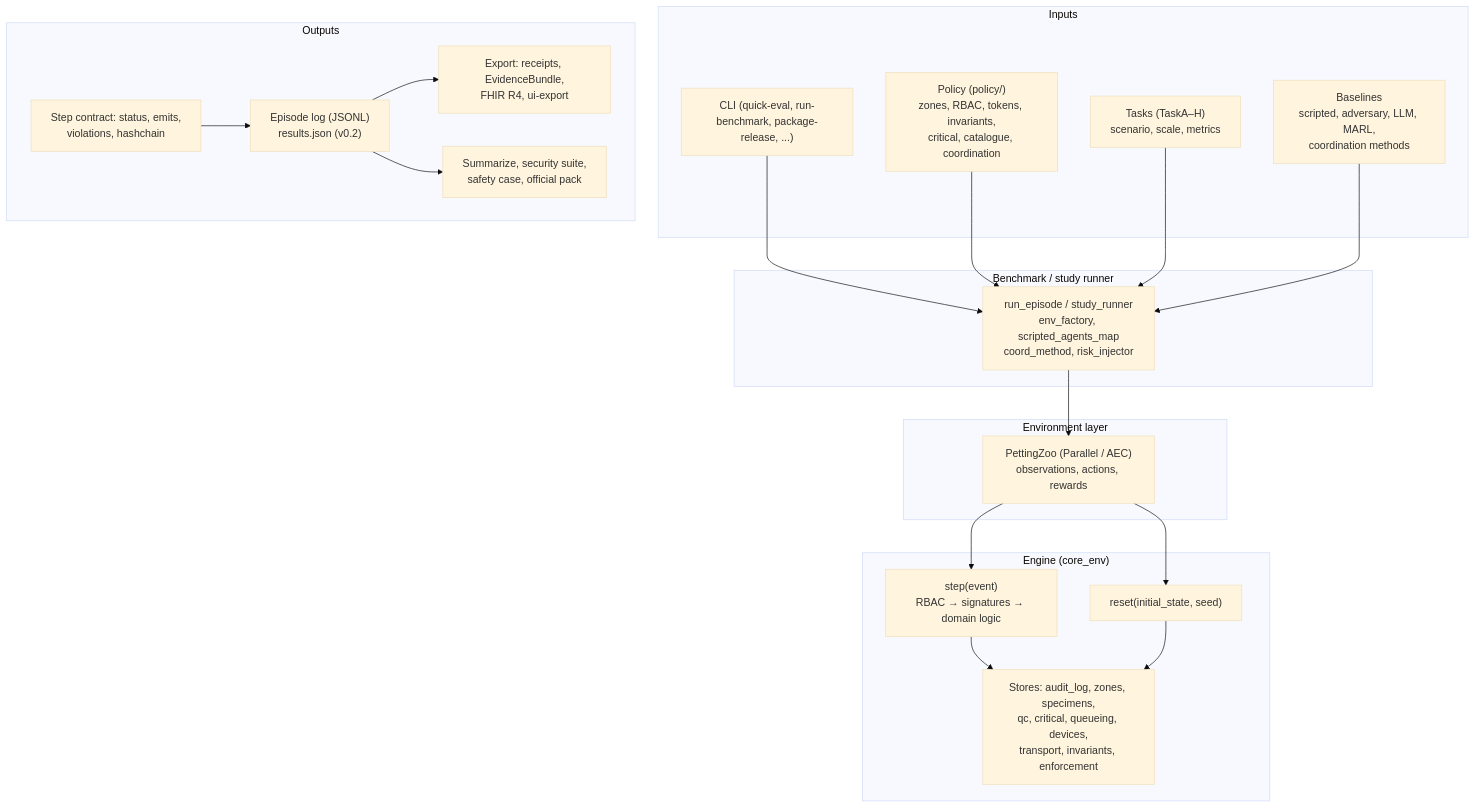
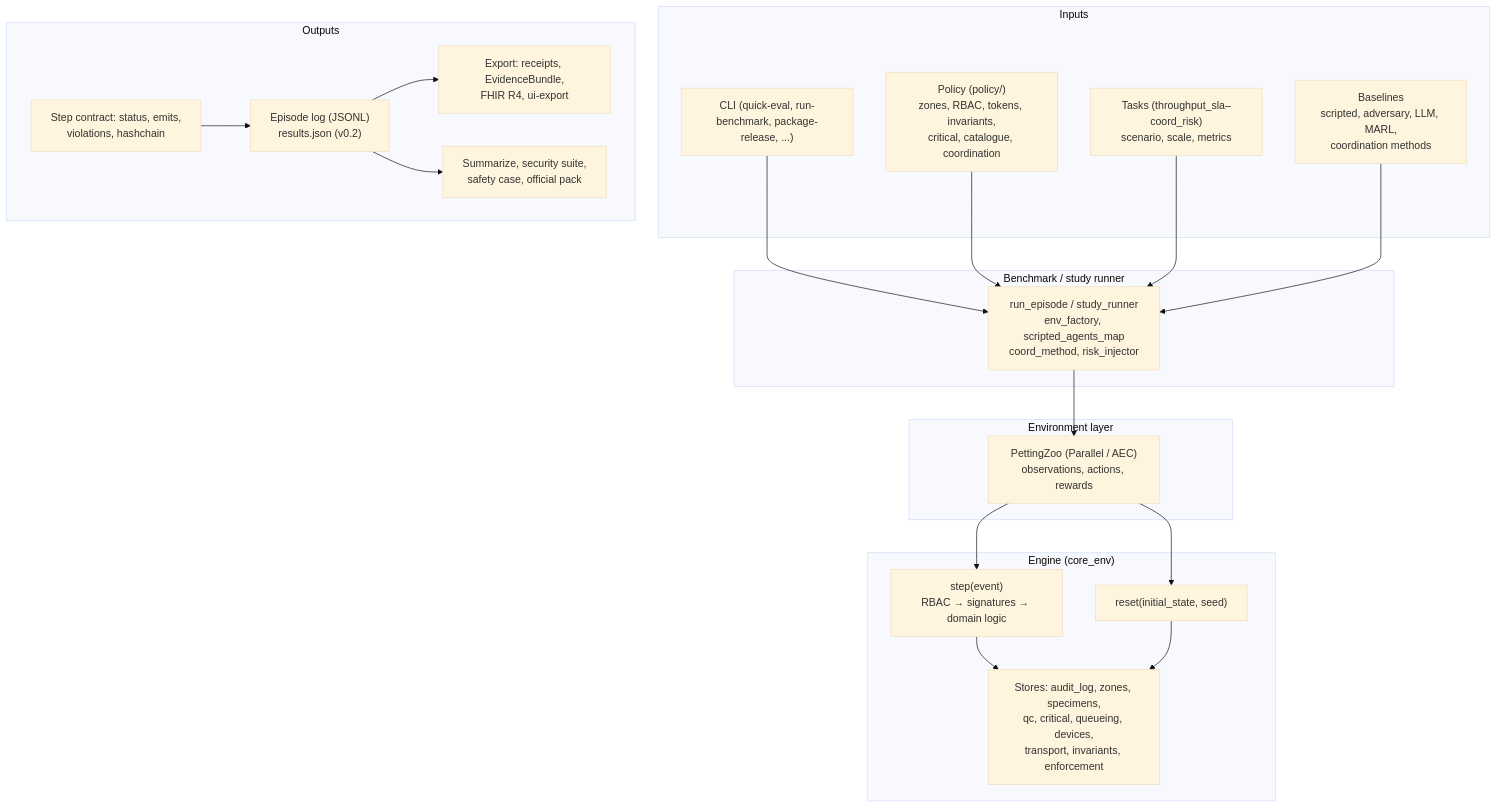
One commit to fraware/LabTrust-Gym changed the first of 2 diagrams in docs/diagrams.md. Above: the diagram before and after it, drawn with Mermaid (base theme). The commit also changed 1632 other files, not shown here.

````diff
--- a/docs/diagrams.md
+++ b/docs/diagrams.md
@@ -11,43 +11,43 @@
 ```mermaid
 flowchart TB
     subgraph inputs["Inputs"]
         CLI["CLI (quick-eval, run-benchmark, package-release, ...)"]
         Policy["Policy (policy/)\nzones, RBAC, tokens, invariants,\ncritical, catalogue, coordination"]
-        Tasks["Tasks (TaskA–H)\nscenario, scale, metrics"]
+        Tasks["Tasks (throughput_sla–coord_risk)\nscenario, scale, metrics"]
         Baselines["Baselines\nscripted, adversary, LLM, MARL,\ncoordination methods"]
     end
 
     subgraph runner["Benchmark / study runner"]
         RunEp["run_episode / study_runner\nenv_factory, scripted_agents_map\ncoord_method, risk_injector"]
     end
 
     subgraph env_layer["Environment layer"]
         PZ["PettingZoo (Parallel / AEC)\nobservations, actions, rewards"]
     end
 
     subgraph engine["Engine (core_env)"]
         Reset["reset(initial_state, seed)"]
         Step["step(event)\nRBAC → signatures → domain logic"]
         Stores["Stores: audit_log, zones, specimens,\nqc, critical, queueing, devices,\ntransport, invariants, enforcement"]
         Step --> Stores
         Reset --> Stores
     end
 
     subgraph outputs["Outputs"]
         Contract["Step contract: status, emits,\nviolations, hashchain"]
         Log["Episode log (JSONL)\nresults.json (v0.2)"]
         Export["Export: receipts, EvidenceBundle,\nFHIR R4, ui-export"]
         Reports["Summarize, security suite,\nsafety case, official pack"]
     end
 
     CLI --> RunEp
     Policy --> RunEp
     Tasks --> RunEp
     Baselines --> RunEp
     RunEp --> PZ
     PZ --> Reset
     PZ --> Step
     Contract --> Log
     Log --> Export
     Log --> Reports
 ```
````
